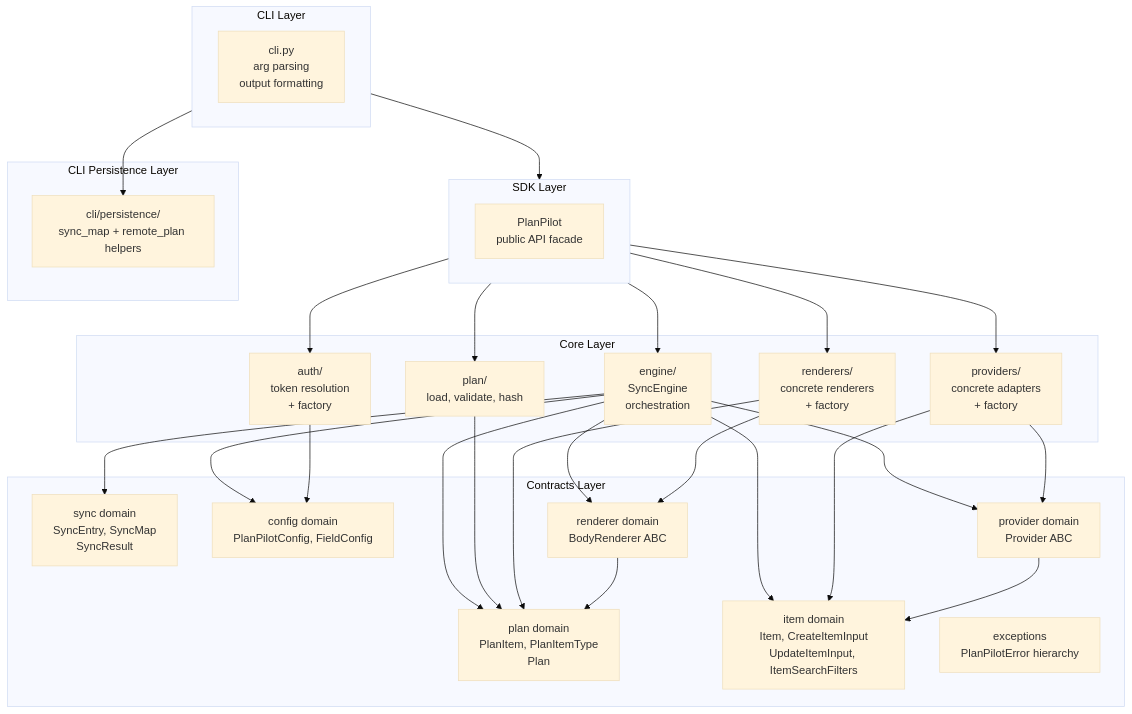
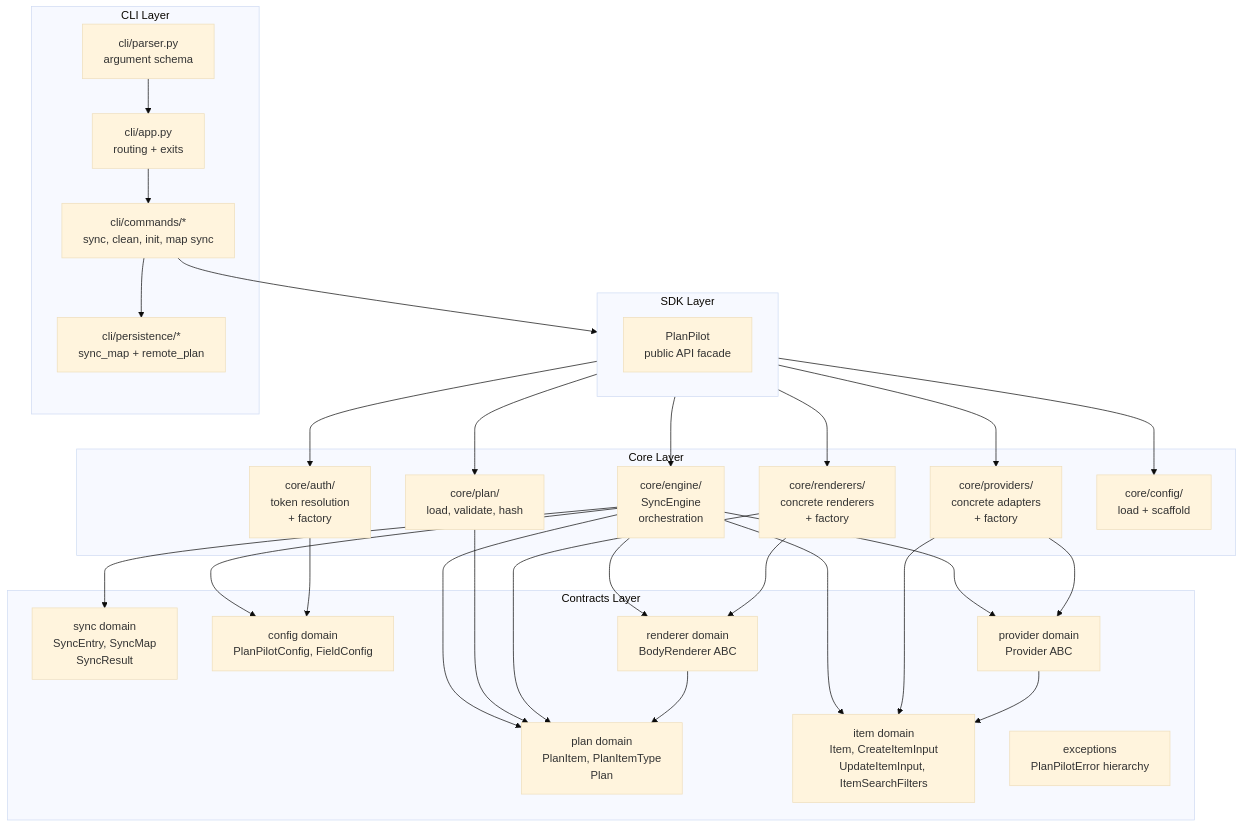
One commit to aryeko/planpilot changed the first of 3 diagrams in docs/design/architecture.md. Above: the diagram before and after it, drawn with Mermaid (base theme). The commit also changed other lines of this file and 15 other files, not shown here.

Commit message:
docs: refresh architecture docs for core/cli ownership model

````diff
--- a/docs/design/architecture.md
+++ b/docs/design/architecture.md
@@ -17,54 +17,57 @@
 ```mermaid
 flowchart TB
     subgraph Contracts["Contracts Layer"]
         PlanDomain["plan domain<br/>PlanItem, PlanItemType<br/>Plan"]
         ItemDomain["item domain<br/>Item, CreateItemInput<br/>UpdateItemInput, ItemSearchFilters"]
         SyncDomain["sync domain<br/>SyncEntry, SyncMap<br/>SyncResult"]
         ConfigDomain["config domain<br/>PlanPilotConfig, FieldConfig"]
         ProviderDomain["provider domain<br/>Provider ABC"]
         RendererDomain["renderer domain<br/>BodyRenderer ABC"]
         Exceptions["exceptions<br/>PlanPilotError hierarchy"]
     end
 
     subgraph Core["Core Layer"]
-        Engine["engine/<br/>SyncEngine<br/>orchestration"]
-        PlanCore["plan/<br/>load, validate, hash"]
-        Providers["providers/<br/>concrete adapters<br/>+ factory"]
-        Renderers["renderers/<br/>concrete renderers<br/>+ factory"]
-        Auth["auth/<br/>token resolution<br/>+ factory"]
+        Engine["core/engine/<br/>SyncEngine<br/>orchestration"]
+        PlanCore["core/plan/<br/>load, validate, hash"]
+        Providers["core/providers/<br/>concrete adapters<br/>+ factory"]
+        Renderers["core/renderers/<br/>concrete renderers<br/>+ factory"]
+        Auth["core/auth/<br/>token resolution<br/>+ factory"]
+        CoreConfig["core/config/<br/>load + scaffold"]
     end
 
     subgraph SDK["SDK Layer"]
         PlanPilot["PlanPilot<br/>public API facade"]
     end
 
-    subgraph Persistence["CLI Persistence Layer"]
-        PersistenceHelpers["cli/persistence/<br/>sync_map + remote_plan helpers"]
+    subgraph CLI["CLI Layer"]
+        CLIParser["cli/parser.py<br/>argument schema"]
+        CLIApp["cli/app.py<br/>routing + exits"]
+        CLICommands["cli/commands/*<br/>sync, clean, init, map sync"]
+        CLIPersistence["cli/persistence/*<br/>sync_map + remote_plan"]
     end
 
-    subgraph CLI["CLI Layer"]
-        CLIModule["cli.py<br/>arg parsing<br/>output formatting"]
-    end
-
-    CLI --> SDK
-    CLI --> PersistenceHelpers
+    CLIParser --> CLIApp
+    CLIApp --> CLICommands
+    CLICommands --> SDK
+    CLICommands --> CLIPersistence
     SDK --> Engine
     SDK --> PlanCore
     SDK --> Providers
     SDK --> Renderers
     SDK --> Auth
+    SDK --> CoreConfig
     Engine --> ProviderDomain
     Engine --> RendererDomain
     Engine --> PlanDomain
     Engine --> ItemDomain
     Engine --> SyncDomain
     Engine --> ConfigDomain
     PlanCore --> PlanDomain
     Providers --> ProviderDomain
     Providers --> ItemDomain
     Renderers --> RendererDomain
     Renderers --> PlanDomain
     Auth --> ConfigDomain
     RendererDomain --> PlanDomain
     ProviderDomain --> ItemDomain
 ```
````
